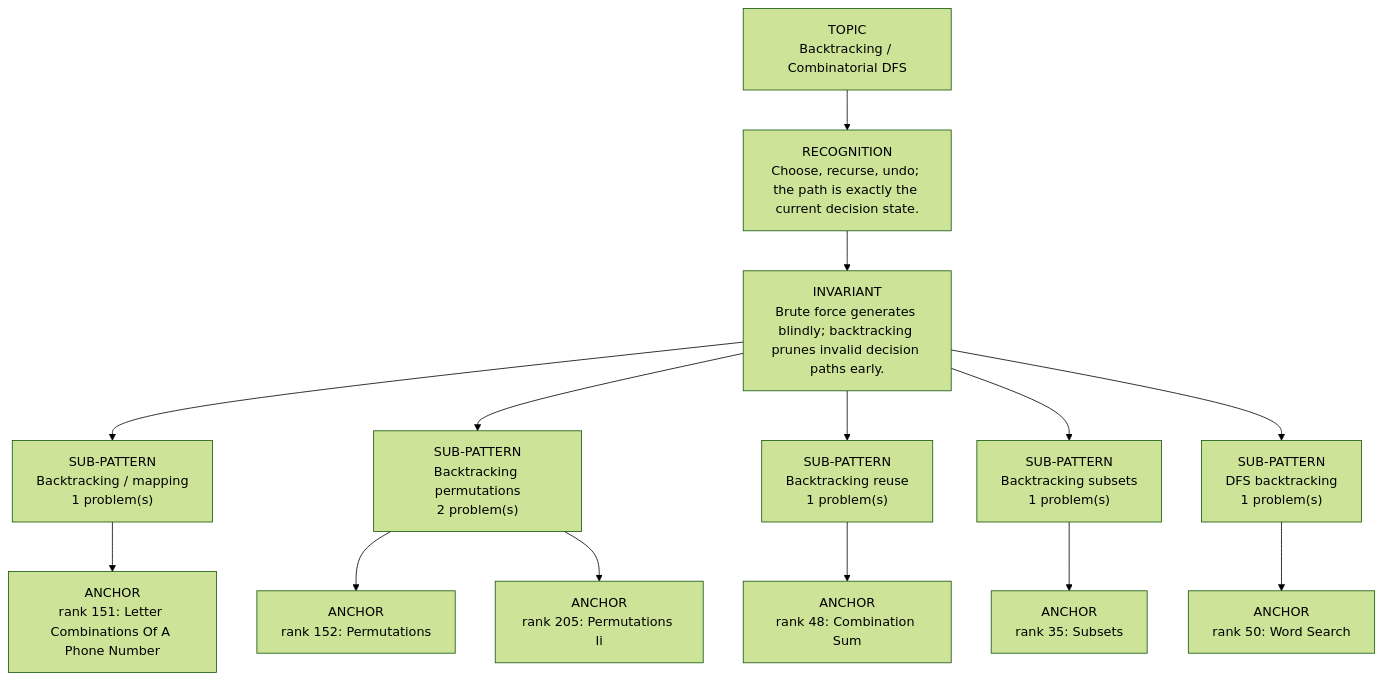
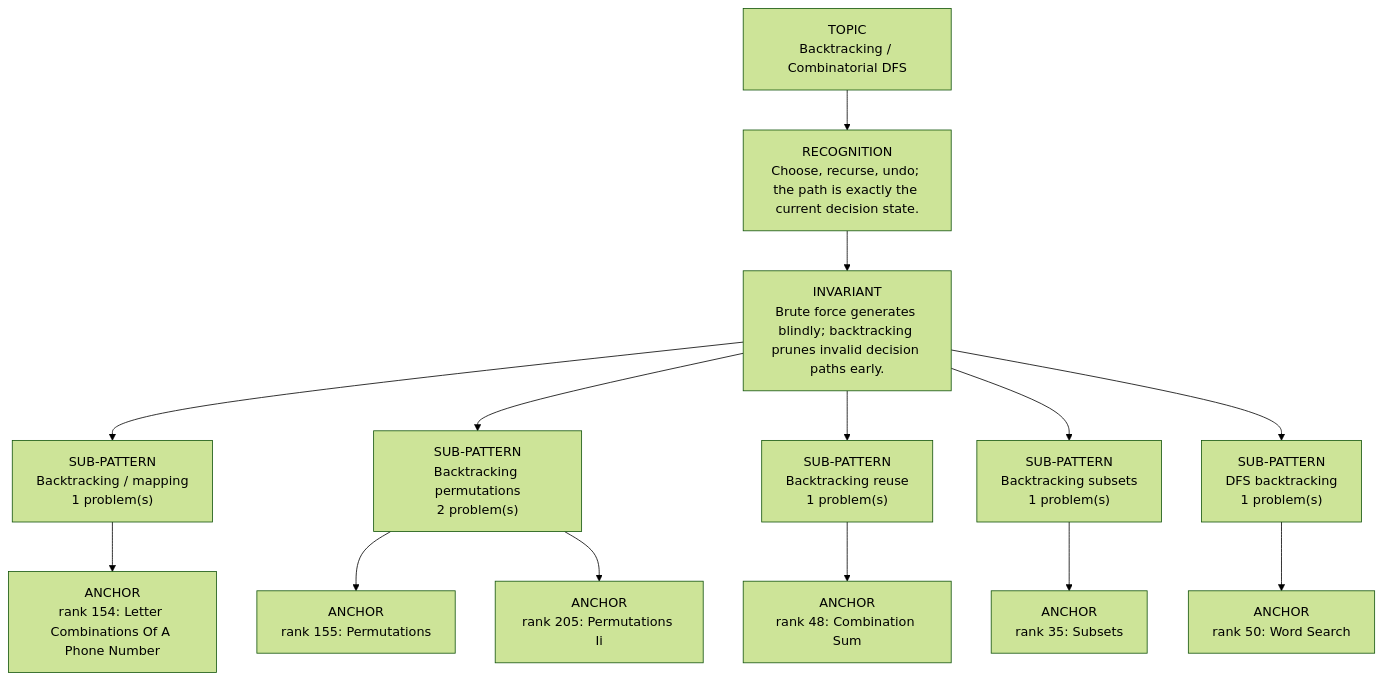
One commit to thechiranjeevjain/DSA10days changed the diagram in dsa-review/interview/patterns/13_backtracking.md. Above: the diagram before and after it, drawn with Mermaid (forest theme). The commit also changed other lines of this file and 30 other files, not shown here.

````diff
--- a/dsa-review/interview/patterns/13_backtracking.md
+++ b/dsa-review/interview/patterns/13_backtracking.md
@@ -15,18 +15,18 @@
 ```mermaid
 flowchart TD
   Topic["TOPIC<br/>Backtracking / Combinatorial DFS"]
   Recognition["RECOGNITION<br/>Choose, recurse, undo; the path is exactly the current decision state."]
   Invariant["INVARIANT<br/>Brute force generates blindly; backtracking prunes invalid decision paths early."]
   Topic --> Recognition --> Invariant
   Invariant --> Sub01["SUB-PATTERN<br/>Backtracking / mapping<br/>1 problem(s)"]
-  Sub01 --> Sub01A01["ANCHOR<br/>rank 151: Letter Combinations Of A Phone Number"]
+  Sub01 --> Sub01A01["ANCHOR<br/>rank 154: Letter Combinations Of A Phone Number"]
   Invariant --> Sub02["SUB-PATTERN<br/>Backtracking permutations<br/>2 problem(s)"]
-  Sub02 --> Sub02A01["ANCHOR<br/>rank 152: Permutations"]
+  Sub02 --> Sub02A01["ANCHOR<br/>rank 155: Permutations"]
   Sub02 --> Sub02A02["ANCHOR<br/>rank 205: Permutations Ii"]
   Invariant --> Sub03["SUB-PATTERN<br/>Backtracking reuse<br/>1 problem(s)"]
   Sub03 --> Sub03A01["ANCHOR<br/>rank 48: Combination Sum"]
   Invariant --> Sub04["SUB-PATTERN<br/>Backtracking subsets<br/>1 problem(s)"]
   Sub04 --> Sub04A01["ANCHOR<br/>rank 35: Subsets"]
   Invariant --> Sub05["SUB-PATTERN<br/>DFS backtracking<br/>1 problem(s)"]
   Sub05 --> Sub05A01["ANCHOR<br/>rank 50: Word Search"]
 ```
````
